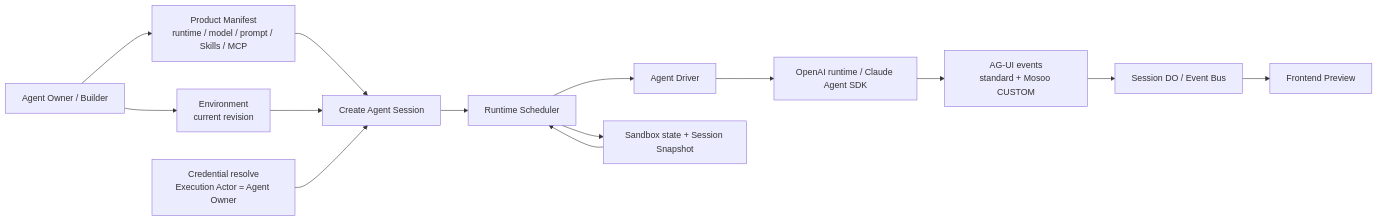
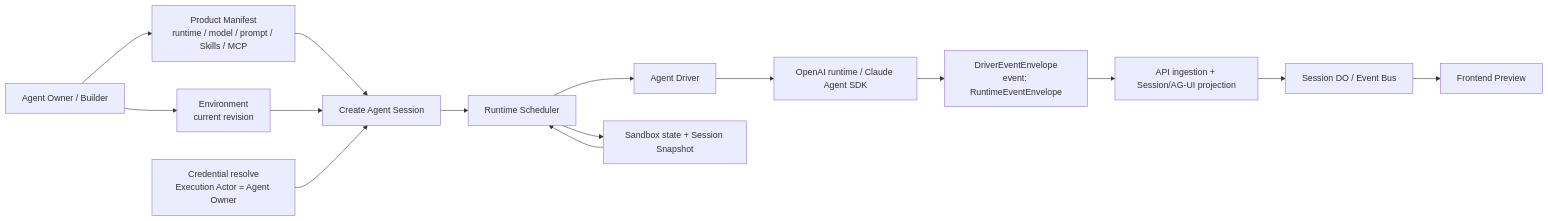
The first of 5 diagrams in docs/prd/runtime-session-kernel.md (langgenius/mosoo), drawn with Mermaid before and after one commit. The commit also changed other lines of this file and 66 other files, not shown here.

````diff
--- a/docs/prd/runtime-session-kernel.md
+++ b/docs/prd/runtime-session-kernel.md
@@ -86,16 +97,17 @@
 ```mermaid
 flowchart LR
   Builder["Agent Owner / Builder"] --> Manifest["Product Manifest<br/>runtime / model / prompt / Skills / MCP"]
   Builder --> Env["Environment<br/>current revision"]
   Manifest --> Session["Create Agent Session"]
   Env --> Session
   Cred["Credential resolve<br/>Execution Actor = Agent Owner"] --> Session
   Session --> Runtime["Runtime Scheduler"]
   Runtime --> Driver["Agent Driver"]
   Driver --> Native["OpenAI runtime / Claude Agent SDK"]
-  Native --> DriverEvents["AG-UI events<br/>standard + Mosoo CUSTOM"]
-  DriverEvents --> SessionDO["Session DO / Event Bus"]
+  Native --> DriverEvents["DriverEventEnvelope<br/>event: RuntimeEventEnvelope"]
+  DriverEvents --> ApiProjection["API ingestion + Session/AG-UI projection"]
+  ApiProjection --> SessionDO["Session DO / Event Bus"]
   SessionDO --> Preview["Frontend Preview"]
   Runtime --> State["Sandbox state + Session Snapshot"]
   State --> Runtime
 ```
````
